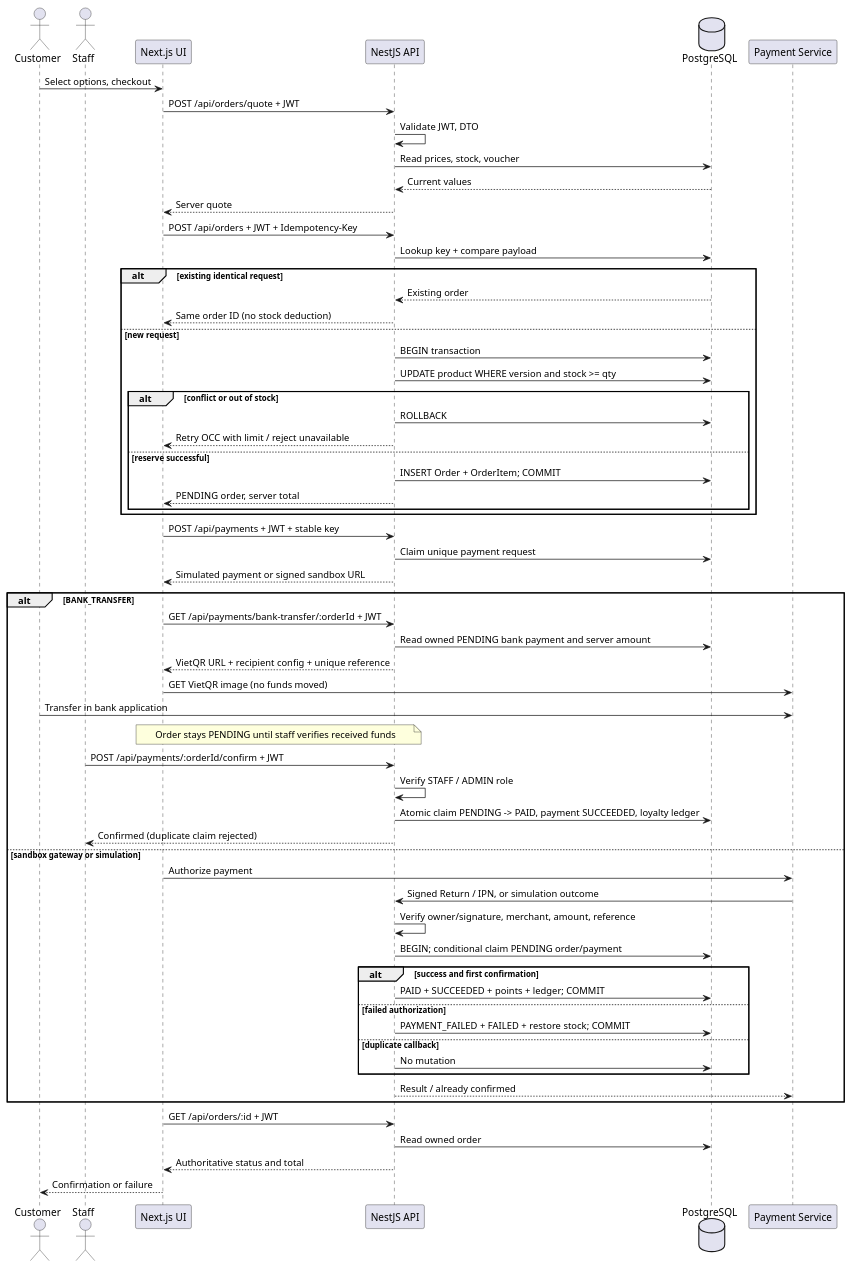
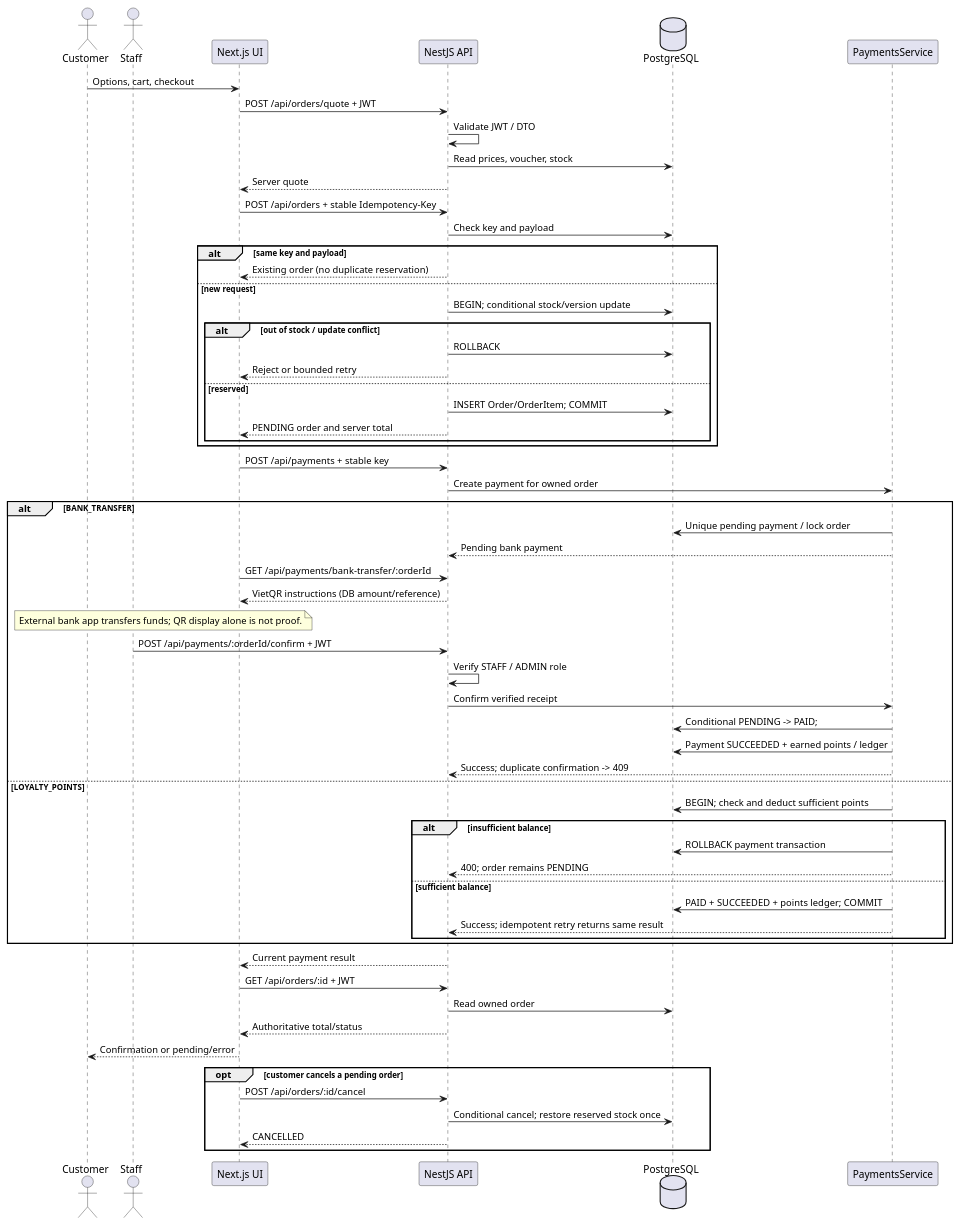
One commit to https-monstiez/BrewLite-AS2 changed the diagram in docs/diagrams/sequence-checkout.puml. Above: the diagram before and after it, drawn with PlantUML. The commit also changed 30 other files, not shown here.

Commit message:
docs: deliver bank and points report in PDF and Word with updated demo

```diff
--- a/docs/diagrams/sequence-checkout.puml
+++ b/docs/diagrams/sequence-checkout.puml
@@ -1,65 +1,64 @@
 @startuml
 !pragma layout smetana
 skinparam shadowing false
 skinparam defaultFontName SansSerif
 actor Customer
 actor Staff
 participant "Next.js UI" as UI
 participant "NestJS API" as API
 database PostgreSQL as DB
-participant "Payment Service" as PSP
-Customer -> UI : Select options, checkout
+participant "PaymentsService" as Payment
+Customer -> UI : Options, cart, checkout
 UI -> API : POST /api/orders/quote + JWT
-API -> API : Validate JWT, DTO
-API -> DB : Read prices, stock, voucher
-DB --> API : Current values
+API -> API : Validate JWT / DTO
+API -> DB : Read prices, voucher, stock
 API --> UI : Server quote
-UI -> API : POST /api/orders + JWT + Idempotency-Key
-API -> DB : Lookup key + compare payload
-alt existing identical request
- DB --> API : Existing order
- API --> UI : Same order ID (no stock deduction)
+UI -> API : POST /api/orders + stable Idempotency-Key
+API -> DB : Check key and payload
+alt same key and payload
+ API --> UI : Existing order (no duplicate reservation)
 else new request
- API -> DB : BEGIN transaction
- API -> DB : UPDATE product WHERE version and stock >= qty
- alt conflict or out of stock
+ API -> DB : BEGIN; conditional stock/version update
+ alt out of stock / update conflict
   API -> DB : ROLLBACK
-  API --> UI : Retry OCC with limit / reject unavailable
- else reserve successful
-  API -> DB : INSERT Order + OrderItem; COMMIT
-  API --> UI : PENDING order, server total
+  API --> UI : Reject or bounded retry
+ else reserved
+  API -> DB : INSERT Order/OrderItem; COMMIT
+  API --> UI : PENDING order and server total
  end
 end
-UI -> API : POST /api/payments + JWT + stable key
-API -> DB : Claim unique payment request
-API --> UI : Simulated payment or signed sandbox URL
+UI -> API : POST /api/payments + stable key
+API -> Payment : Create payment for owned order
 alt BANK_TRANSFER
- UI -> API : GET /api/payments/bank-transfer/:orderId + JWT
- API -> DB : Read owned PENDING bank payment and server amount
- API --> UI : VietQR URL + recipient config + unique reference
- UI -> PSP : GET VietQR image (no funds moved)
- Customer -> PSP : Transfer in bank application
- note over UI,API : Order stays PENDING until staff verifies received funds
+ Payment -> DB : Unique pending payment / lock order
+ Payment --> API : Pending bank payment
+ UI -> API : GET /api/payments/bank-transfer/:orderId
+ API --> UI : VietQR instructions (DB amount/reference)
+ note over Customer,UI : External bank app transfers funds; QR display alone is not proof.
  Staff -> API : POST /api/payments/:orderId/confirm + JWT
  API -> API : Verify STAFF / ADMIN role
- API -> DB : Atomic claim PENDING -> PAID, payment SUCCEEDED, loyalty ledger
- API --> Staff : Confirmed (duplicate claim rejected)
-else sandbox gateway or simulation
-UI -> PSP : Authorize payment
-PSP -> API : Signed Return / IPN, or simulation outcome
-API -> API : Verify owner/signature, merchant, amount, reference
-API -> DB : BEGIN; conditional claim PENDING order/payment
-alt success and first confirmation
- API -> DB : PAID + SUCCEEDED + points + ledger; COMMIT
-else failed authorization
- API -> DB : PAYMENT_FAILED + FAILED + restore stock; COMMIT
-else duplicate callback
- API -> DB : No mutation
+ API -> Payment : Confirm verified receipt
+ Payment -> DB : Conditional PENDING -> PAID;
+ Payment -> DB : Payment SUCCEEDED + earned points / ledger
+ Payment --> API : Success; duplicate confirmation -> 409
+else LOYALTY_POINTS
+ Payment -> DB : BEGIN; check and deduct sufficient points
+ alt insufficient balance
+  Payment -> DB : ROLLBACK payment transaction
+  Payment --> API : 400; order remains PENDING
+ else sufficient balance
+  Payment -> DB : PAID + SUCCEEDED + points ledger; COMMIT
+  Payment --> API : Success; idempotent retry returns same result
+ end
 end
-API --> PSP : Result / already confirmed
-end
+API --> UI : Current payment result
 UI -> API : GET /api/orders/:id + JWT
 API -> DB : Read owned order
-API --> UI : Authoritative status and total
-UI --> Customer : Confirmation or failure
+API --> UI : Authoritative total/status
+UI --> Customer : Confirmation or pending/error
+opt customer cancels a pending order
+ UI -> API : POST /api/orders/:id/cancel
+ API -> DB : Conditional cancel; restore reserved stock once
+ API --> UI : CANCELLED
+end
 @enduml
```
